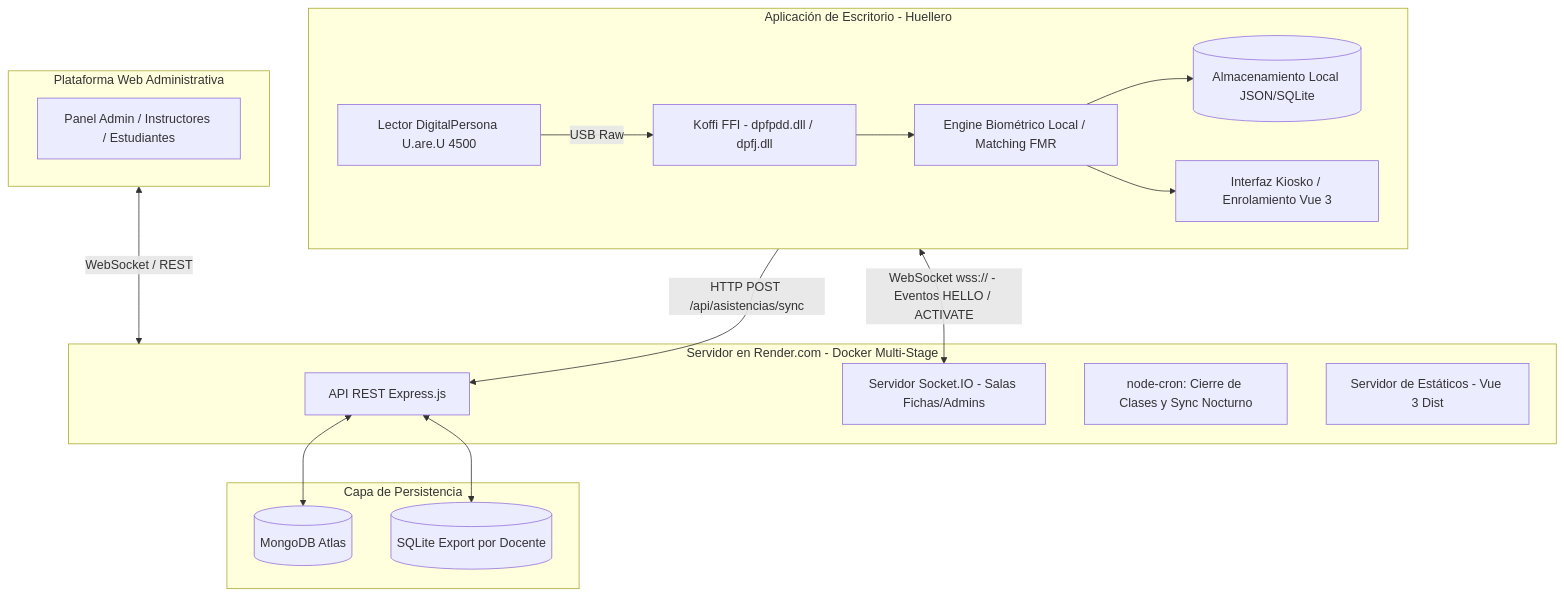
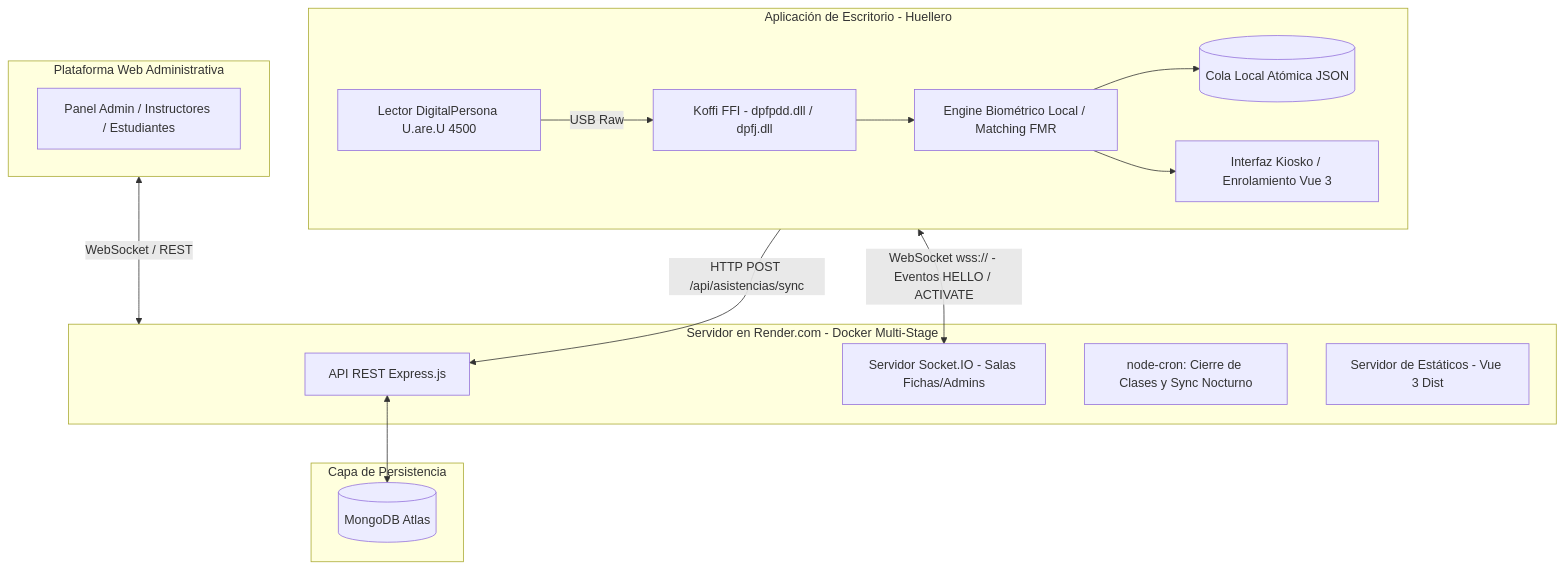
The diagram in CONSOLIDADO_CAMBIOS_Y_BUGS.md (JuanViviescas00/Asista), drawn with Mermaid before and after one commit. The commit also changed other lines of this file and 9 other files, not shown here.

````diff
--- a/CONSOLIDADO_CAMBIOS_Y_BUGS.md
+++ b/CONSOLIDADO_CAMBIOS_Y_BUGS.md
@@ -37,31 +37,29 @@
 ```mermaid
 flowchart TB
     subgraph Cliente_Desktop [Aplicación de Escritorio - Huellero]
         Lector[Lector DigitalPersona U.are.U 4500] -->|USB Raw| Koffi[Koffi FFI - dpfpdd.dll / dpfj.dll]
         Koffi --> Engine[Engine Biométrico Local / Matching FMR]
-        Engine --> StoreOffline[(Almacenamiento Local JSON/SQLite)]
+        Engine --> StoreOffline[(Cola Local Atómica JSON)]
         Engine --> ElectronRenderer[Interfaz Kiosko / Enrolamiento Vue 3]
     end
 
     subgraph Backend_Cloud [Servidor en Render.com - Docker Multi-Stage]
         Express[API REST Express.js]
         SocketIO[Servidor Socket.IO - Salas Fichas/Admins]
         Cron[node-cron: Cierre de Clases y Sync Nocturno]
         SPA_Static[Servidor de Estáticos - Vue 3 Dist]
     end
 
     subgraph Frontend_Web [Plataforma Web Administrativa]
         AdminUI[Panel Admin / Instructores / Estudiantes]
     end
 
     subgraph Bases_De_Datos [Capa de Persistencia]
         MongoDB[(MongoDB Atlas)]
-        SQLiteDocente[(SQLite Export por Docente)]
     end
 
     Cliente_Desktop <-->|WebSocket wss:// - Eventos HELLO / ACTIVATE| SocketIO
     Cliente_Desktop -->|HTTP POST /api/asistencias/sync| Express
     Frontend_Web <-->|WebSocket / REST| Backend_Cloud
     Express <--> MongoDB
-    Express <--> SQLiteDocente
 ```
````
